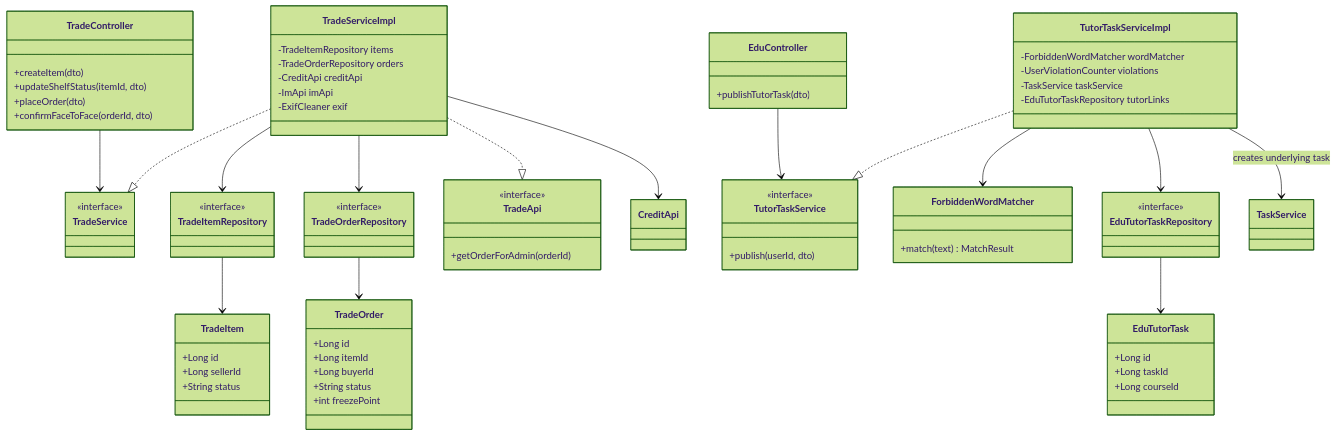
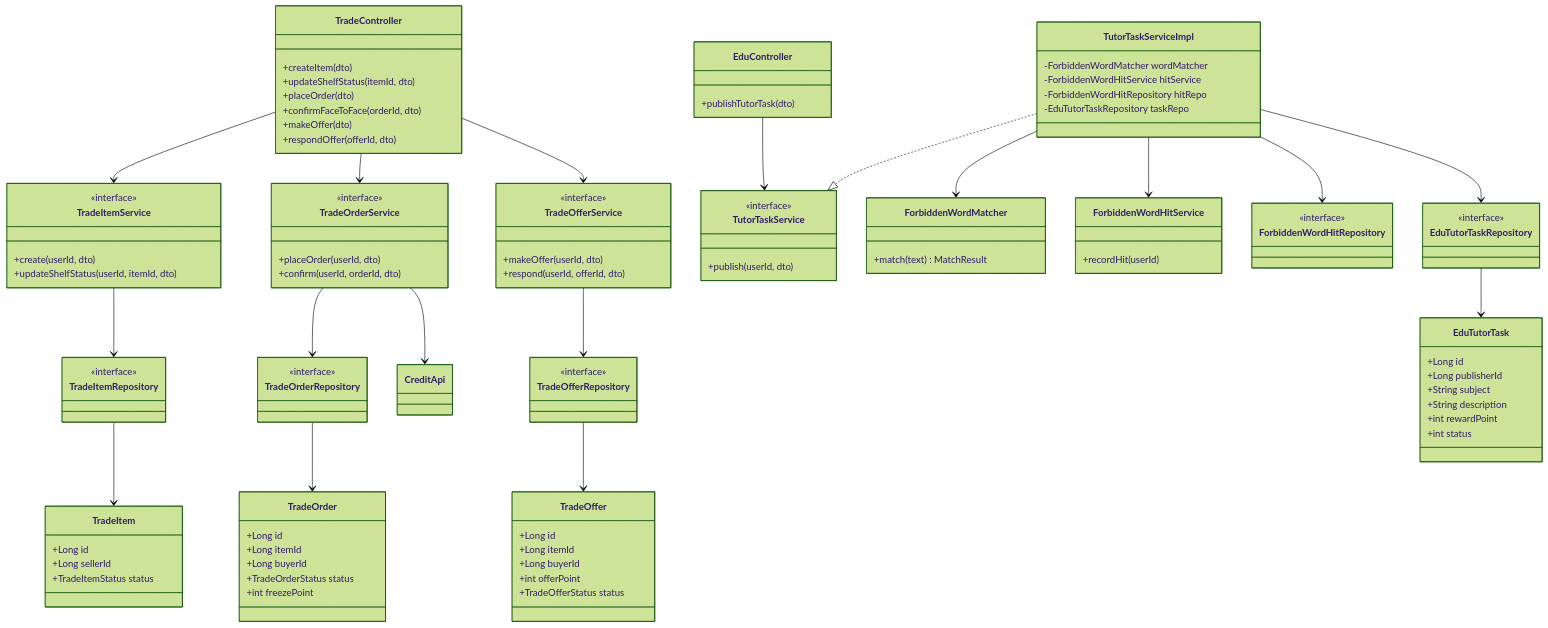
Before and after one commit to HEYWEEN/CampusHub: the third of 7 diagrams in docs/P3/04_核心类图.md, drawn with Mermaid (forest theme). The commit also changed other lines of this file and 15 other files, not shown here.

````diff
--- a/docs/P3/04_核心类图.md
+++ b/docs/P3/04_核心类图.md
@@ -308,28 +320,42 @@
     +updateShelfStatus(itemId, dto)
     +placeOrder(dto)
     +confirmFaceToFace(orderId, dto)
+    +makeOffer(dto)
+    +respondOffer(offerId, dto)
   }
-  class TradeService {
+  class TradeItemService {
     <<interface>>
+    +create(userId, dto)
+    +updateShelfStatus(userId, itemId, dto)
   }
-  class TradeServiceImpl {
-    -TradeItemRepository items
-    -TradeOrderRepository orders
-    -CreditApi creditApi
-    -ImApi imApi
-    -ExifCleaner exif
+  class TradeOrderService {
+    <<interface>>
+    +placeOrder(userId, dto)
+    +confirm(userId, orderId, dto)
+  }
+  class TradeOfferService {
+    <<interface>>
+    +makeOffer(userId, dto)
+    +respond(userId, offerId, dto)
   }
   class TradeItem {
     +Long id
     +Long sellerId
-    +String status
+    +TradeItemStatus status
   }
   class TradeOrder {
     +Long id
     +Long itemId
     +Long buyerId
-    +String status
+    +TradeOrderStatus status
     +int freezePoint
+  }
+  class TradeOffer {
+    +Long id
+    +Long itemId
+    +Long buyerId
+    +int offerPoint
+    +TradeOfferStatus status
   }
   class TradeItemRepository {
     <<interface>>
@@ -337,19 +363,20 @@
   class TradeOrderRepository {
     <<interface>>
   }
-  class TradeApi {
+  class TradeOfferRepository {
     <<interface>>
-    +getOrderForAdmin(orderId)
   }
 
-  TradeController --> TradeService
-  TradeServiceImpl ..|> TradeService
-  TradeServiceImpl ..|> TradeApi
-  TradeServiceImpl --> TradeItemRepository
-  TradeServiceImpl --> TradeOrderRepository
-  TradeServiceImpl --> CreditApi
+  TradeController --> TradeItemService
+  TradeController --> TradeOrderService
+  TradeController --> TradeOfferService
+  TradeItemService --> TradeItemRepository
+  TradeOrderService --> TradeOrderRepository
+  TradeOrderService --> CreditApi
+  TradeOfferService --> TradeOfferRepository
   TradeItemRepository --> TradeItem
   TradeOrderRepository --> TradeOrder
+  TradeOfferRepository --> TradeOffer
 
   class EduController {
     +publishTutorTask(dto)
@@ -360,17 +387,26 @@
   }
   class TutorTaskServiceImpl {
     -ForbiddenWordMatcher wordMatcher
-    -UserViolationCounter violations
-    -TaskService taskService
-    -EduTutorTaskRepository tutorLinks
+    -ForbiddenWordHitService hitService
+    -ForbiddenWordHitRepository hitRepo
+    -EduTutorTaskRepository taskRepo
   }
   class ForbiddenWordMatcher {
     +match(text) MatchResult
   }
+  class ForbiddenWordHitService {
+    +recordHit(userId)
+  }
+  class ForbiddenWordHitRepository {
+    <<interface>>
+  }
   class EduTutorTask {
     +Long id
-    +Long taskId
-    +Long courseId
+    +Long publisherId
+    +String subject
+    +String description
+    +int rewardPoint
+    +int status
   }
   class EduTutorTaskRepository {
     <<interface>>
@@ -379,7 +415,8 @@
   EduController --> TutorTaskService
   TutorTaskServiceImpl ..|> TutorTaskService
   TutorTaskServiceImpl --> ForbiddenWordMatcher
+  TutorTaskServiceImpl --> ForbiddenWordHitService
+  TutorTaskServiceImpl --> ForbiddenWordHitRepository
   TutorTaskServiceImpl --> EduTutorTaskRepository
-  TutorTaskServiceImpl --> TaskService : creates underlying task
   EduTutorTaskRepository --> EduTutorTask
 ```
````
